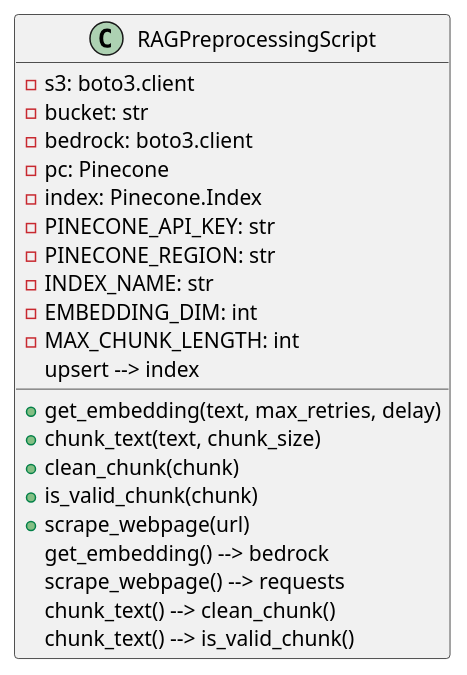
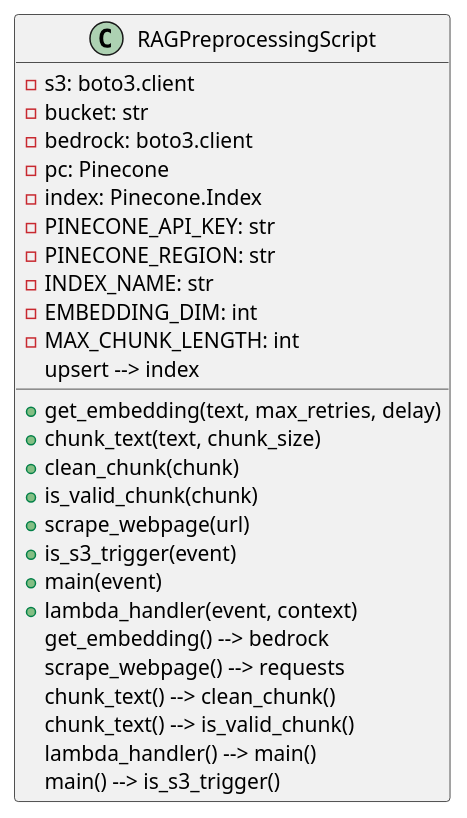
One commit to pavanchanduri/RAGChatbot changed the diagram in RAGChatbots/UML Diagrams/UML/PreprocessingScript.puml. Above: the diagram before and after it, drawn with PlantUML. The commit also changed 5 other files, not shown here.

Commit message:
Modified few UML diagrams and made other changes

```diff
--- a/RAGChatbots/UML Diagrams/UML/PreprocessingScript.puml
+++ b/RAGChatbots/UML Diagrams/UML/PreprocessingScript.puml
@@ -1,25 +1,30 @@
 @startuml RAGPreprocessingScript
 class RAGPreprocessingScript {
     - s3: boto3.client
     - bucket: str
     - bedrock: boto3.client
     - pc: Pinecone
     - index: Pinecone.Index
     - PINECONE_API_KEY: str
     - PINECONE_REGION: str
     - INDEX_NAME: str
     - EMBEDDING_DIM: int
     - MAX_CHUNK_LENGTH: int
     + get_embedding(text, max_retries, delay)
     + chunk_text(text, chunk_size)
     + clean_chunk(chunk)
     + is_valid_chunk(chunk)
     + scrape_webpage(url)
+    + is_s3_trigger(event)
+    + main(event)
+    + lambda_handler(event, context)
 }
 
 RAGPreprocessingScript : get_embedding() --> bedrock
 RAGPreprocessingScript : scrape_webpage() --> requests
 RAGPreprocessingScript : chunk_text() --> clean_chunk()
 RAGPreprocessingScript : chunk_text() --> is_valid_chunk()
 RAGPreprocessingScript : upsert --> index
+RAGPreprocessingScript : lambda_handler() --> main()
+RAGPreprocessingScript : main() --> is_s3_trigger()
 @enduml
```
